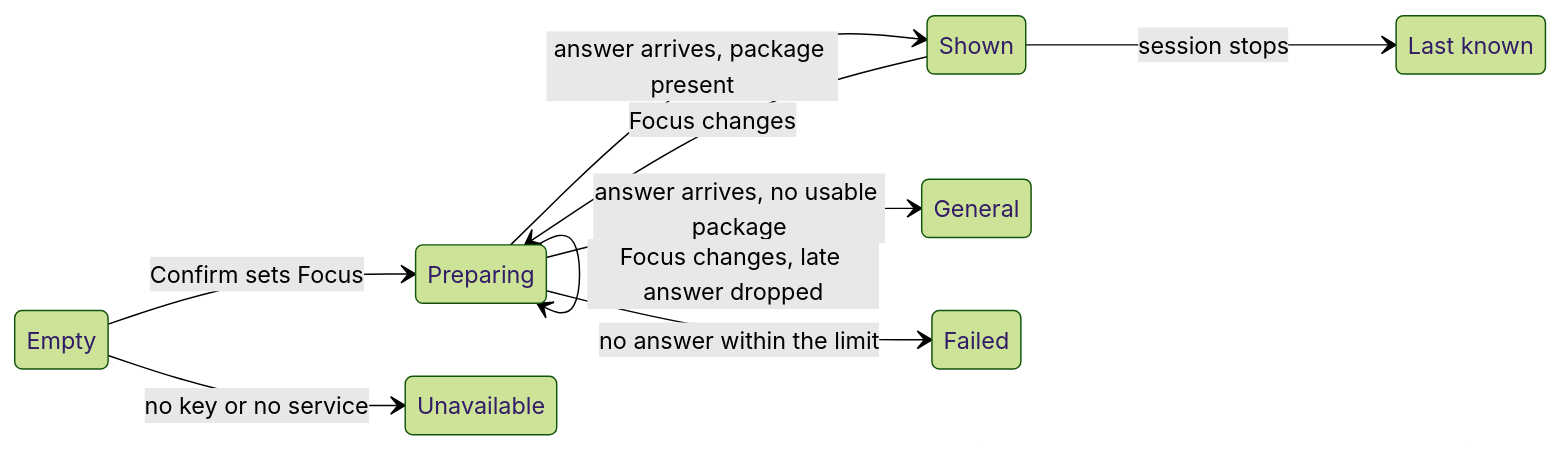
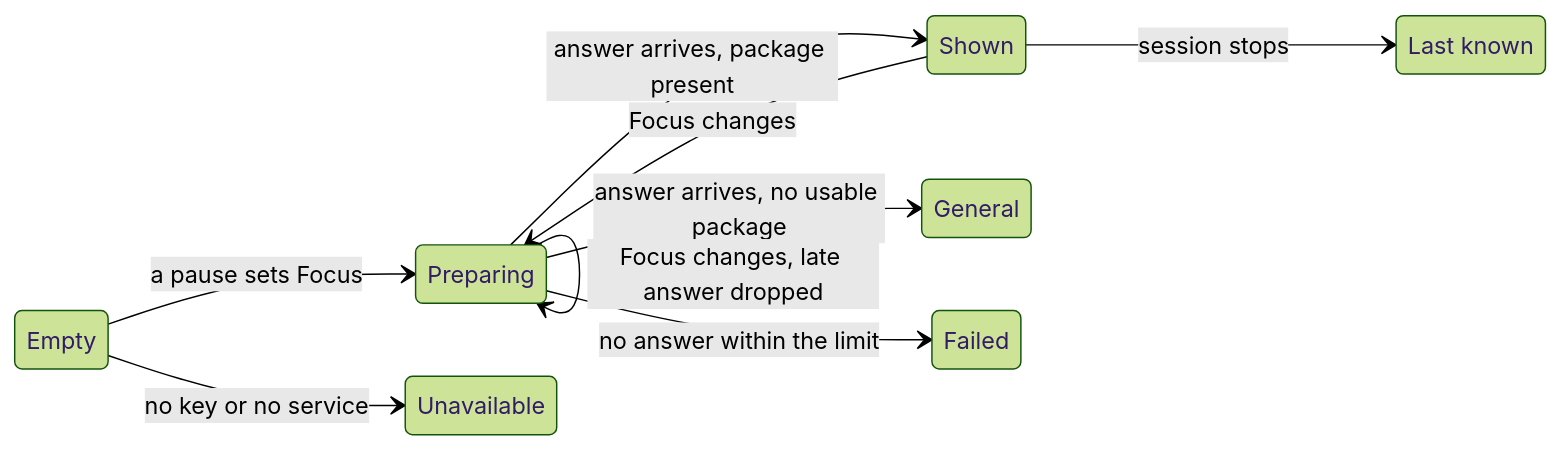
The diagram in docs/asdg/03-system-model-and-use-cases/01.5.1-proposed-answer-states.md (Elustondo-ai/alice.good.meetings), drawn with Mermaid (forest theme) before and after one commit. The commit also changed other lines of this file and 53 other files, not shown here.

First line of the commit message:
SPRINT-003: automatic one-call flow, contextual reading, specialist drafts, backlog

````diff
--- a/docs/asdg/03-system-model-and-use-cases/01.5.1-proposed-answer-states.md
+++ b/docs/asdg/03-system-model-and-use-cases/01.5.1-proposed-answer-states.md
@@ -5,13 +5,13 @@
 ```mermaid
 stateDiagram-v2
     direction LR
     state "Last known" as LastKnown
-    Empty --> Preparing: Confirm sets Focus
+    Empty --> Preparing: a pause sets Focus
     Preparing --> Shown: answer arrives, package present
     Preparing --> General: answer arrives, no usable package
     Preparing --> Failed: no answer within the limit
     Preparing --> Preparing: Focus changes, late answer dropped
     Shown --> Preparing: Focus changes
     Shown --> LastKnown: session stops
     Empty --> Unavailable: no key or no service
 ```
````
